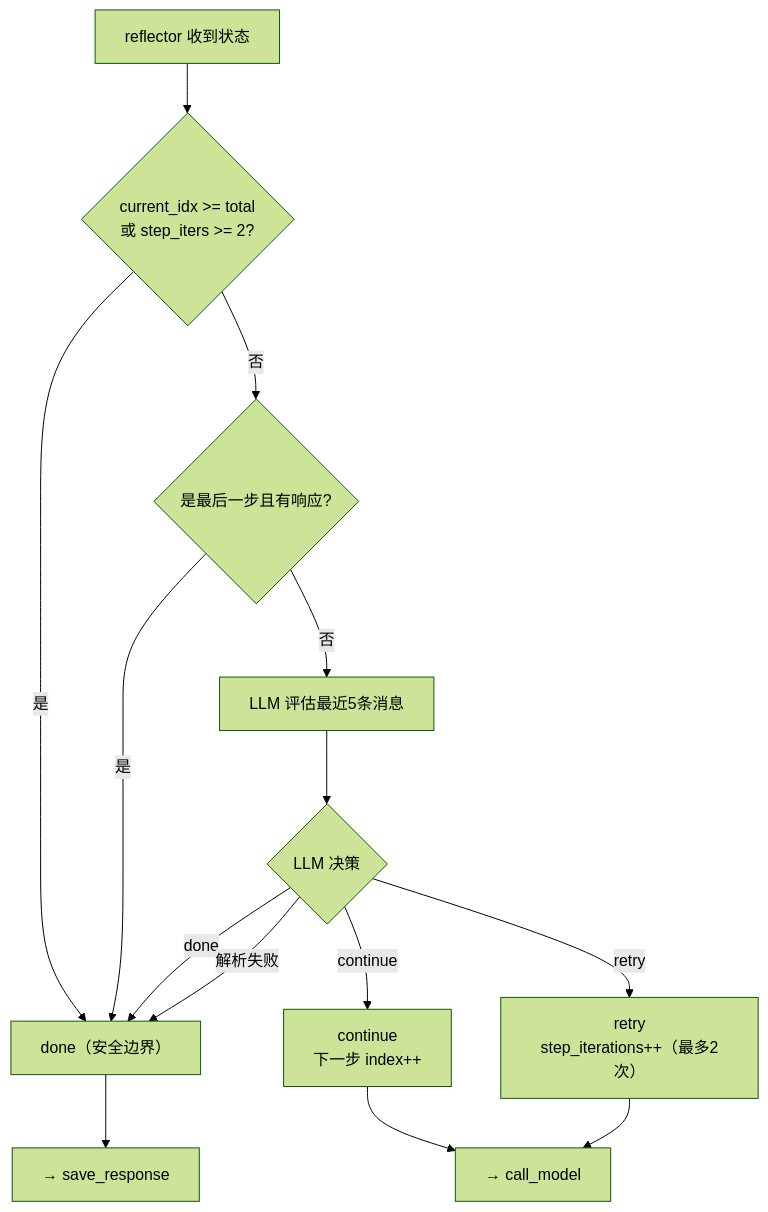
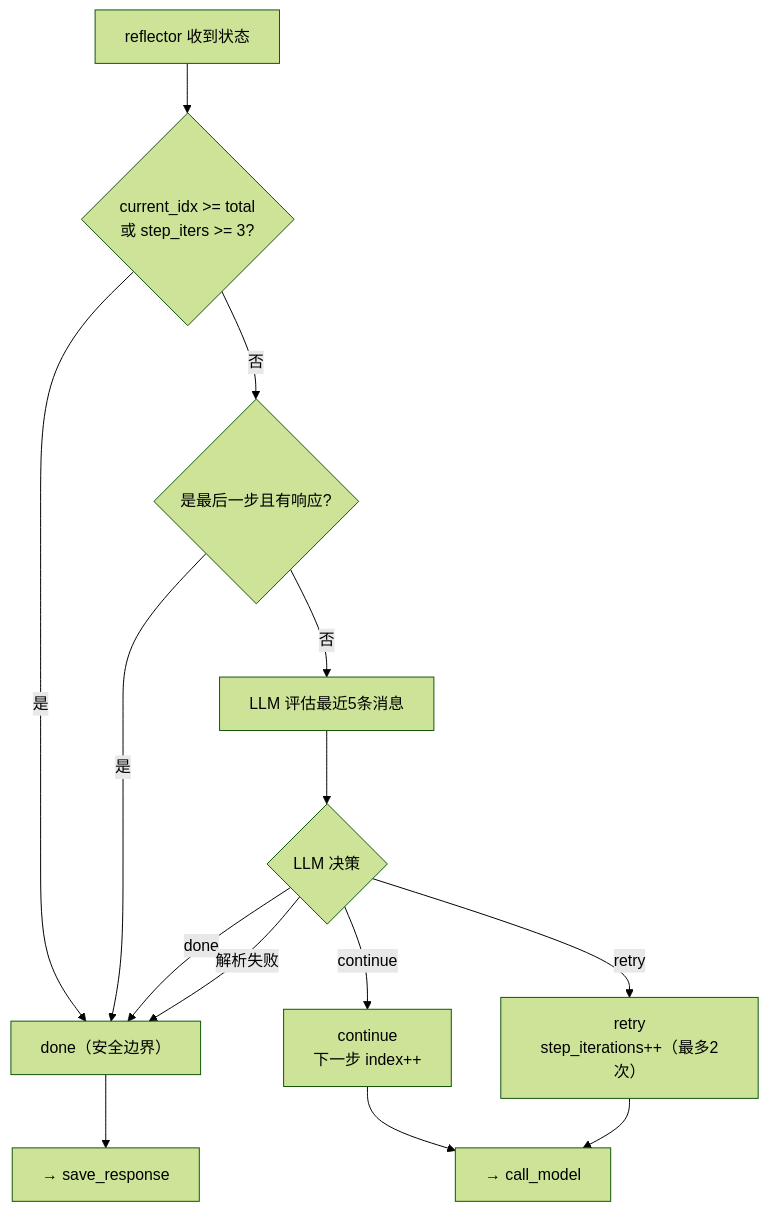
One commit to toolclub/wechat changed diagram 13 of 14 in llm-chat/backend/README.md. Above: the diagram before and after it, drawn with Mermaid (forest theme). The commit also changed other lines of this file and 15 other files, not shown here.

````diff
--- a/llm-chat/backend/README.md
+++ b/llm-chat/backend/README.md
@@ -445,23 +446,23 @@
 ```mermaid
 flowchart TD
     IN["reflector 收到状态"]
-    A{"current_idx >= total\n或 step_iters >= 2?"}
+    A{"current_idx >= total\n或 step_iters >= 3?"}
     B{"是最后一步且有响应?"}
     C["LLM 评估最近5条消息"]
     D{"LLM 决策"}
 
     IN --> A
     A -->|是| DONE["done（安全边界）"]
     A -->|否| B
     B -->|是| DONE
     B -->|否| C
     C --> D
     D -->|done| DONE
     D -->|continue| CONT["continue\n下一步 index++"]
     D -->|retry| RETRY["retry\nstep_iterations++（最多2次）"]
     D -->|解析失败| DONE
 
     DONE --> SR["→ save_response"]
     CONT --> CM2["→ call_model"]
     RETRY --> CM2
 ```
````
